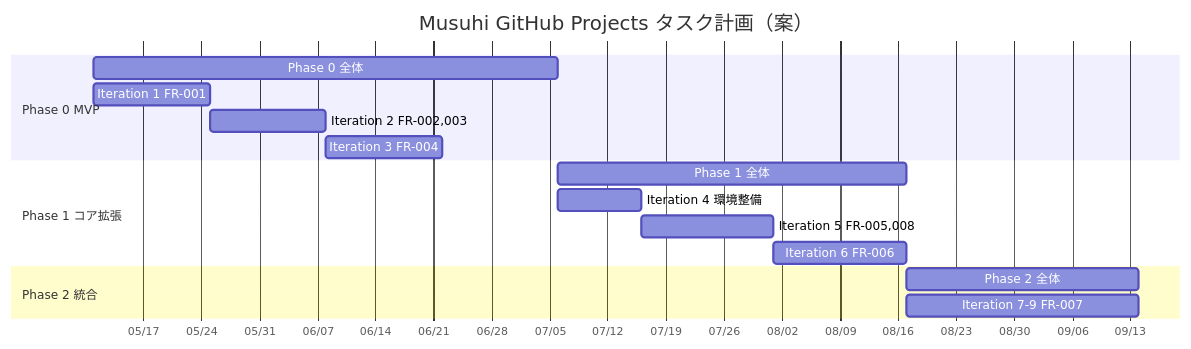
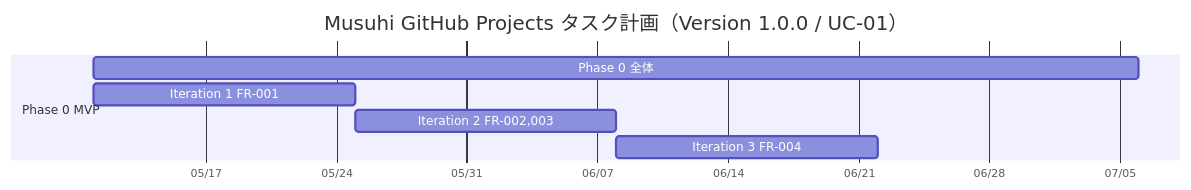
One commit to BossApe/lo-vibe changed the second of 2 diagrams in _document/003.設計・開発・テストフェーズ/001.開発規約/001-03.フェーズ・イテレーション・チケット設計規約.md. Above: the diagram before and after it, drawn with Mermaid. The commit also changed other lines of this file and 6 other files, not shown here.

````diff
--- a/_document/003.設計・開発・テストフェーズ/001.開発規約/001-03.フェーズ・イテレーション・チケット設計規約.md
+++ b/_document/003.設計・開発・テストフェーズ/001.開発規約/001-03.フェーズ・イテレーション・チケット設計規約.md
@@ -138,22 +139,12 @@
 ```mermaid
 gantt
-    title Musuhi GitHub Projects タスク計画（案）
+  title Musuhi GitHub Projects タスク計画（Version 1.0.0 / UC-01）
     dateFormat  YYYY-MM-DD
     axisFormat  %m/%d
 
     section Phase 0 MVP
     Phase 0 全体              :p0, 2026-05-11, 56d
     Iteration 1 FR-001       :i1, 2026-05-11, 14d
     Iteration 2 FR-002,003   :i2, 2026-05-25, 14d
     Iteration 3 FR-004       :i3, 2026-06-08, 14d
-
-    section Phase 1 コア拡張
-    Phase 1 全体              :p1, 2026-07-06, 42d
-    Iteration 4 環境整備      :i4, 2026-07-06, 10d
-    Iteration 5 FR-005,008   :i5, 2026-07-16, 16d
-    Iteration 6 FR-006       :i6, 2026-08-01, 16d
-
-    section Phase 2 統合
-    Phase 2 全体              :p2, 2026-08-17, 28d
-    Iteration 7-9 FR-007     :i79, 2026-08-17, 28d
 ```
````
